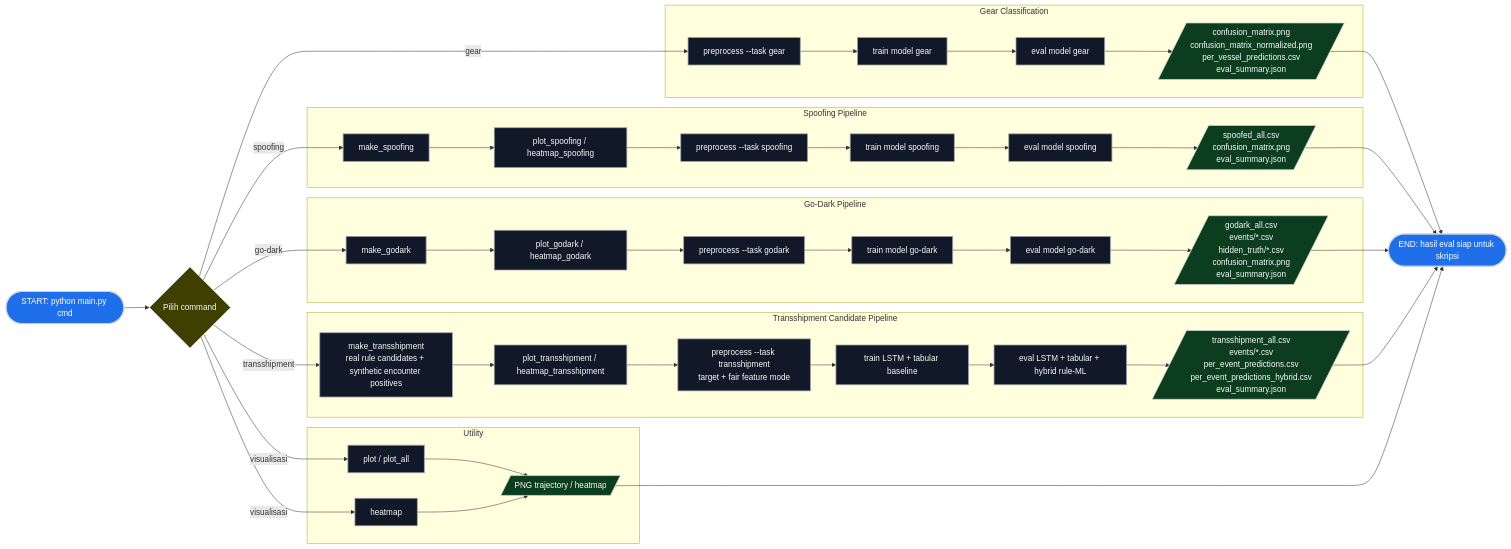
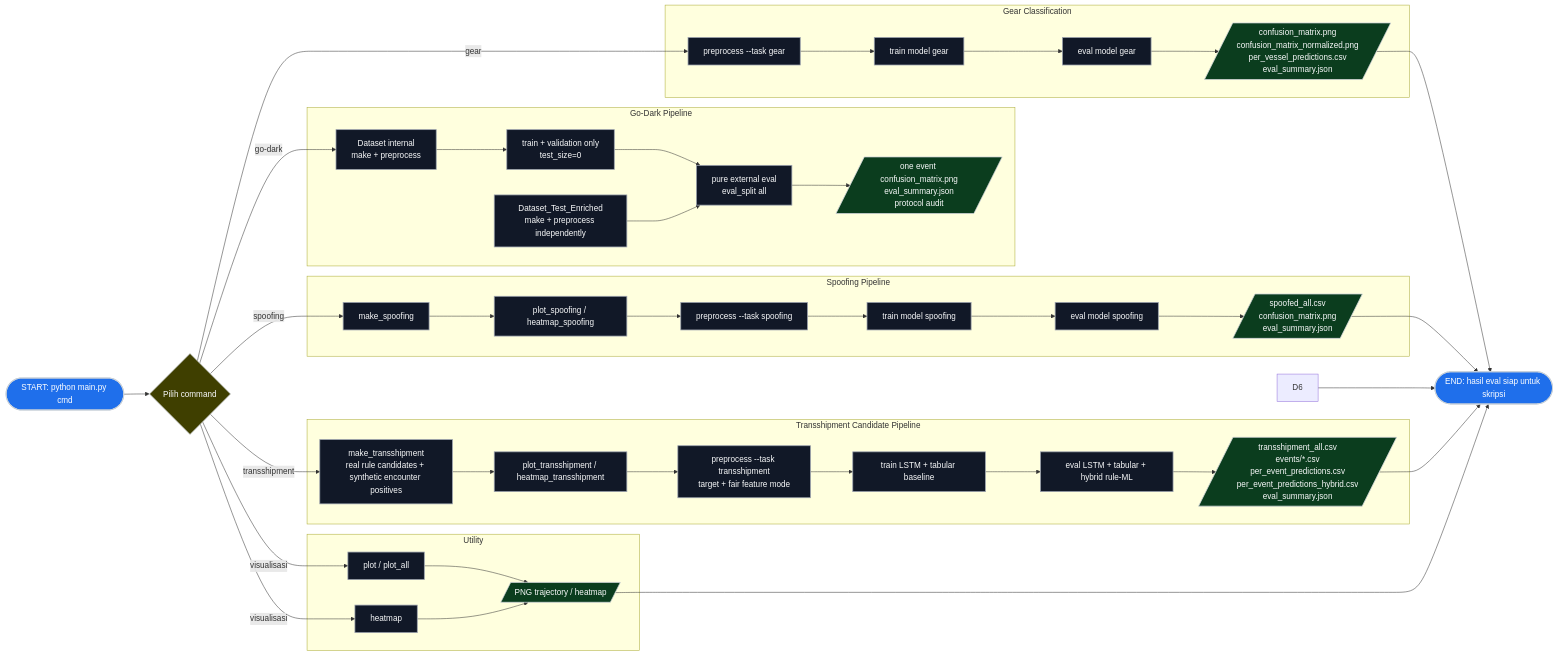
One commit to dhyaaqilla15-phy/TAcodingGFWanomaly changed the diagram in FLOWCHART.md. Above: the diagram before and after it, drawn with Mermaid. The commit also changed 37 other files, not shown here.

````diff
--- a/FLOWCHART.md
+++ b/FLOWCHART.md
@@ -5,71 +5,71 @@
 ```mermaid
 flowchart LR
   classDef startEnd fill:#1f6feb,stroke:#c9d1d9,color:#ffffff,stroke-width:2px;
   classDef process fill:#111827,stroke:#9ca3af,color:#f9fafb,stroke-width:1.5px;
   classDef decision fill:#3f3f00,stroke:#d1d5db,color:#f9fafb,stroke-width:1.5px;
   classDef io fill:#0b3d1e,stroke:#d1d5db,color:#f9fafb,stroke-width:1.5px;
 
   A([START: python main.py cmd]):::startEnd
   B{Pilih command}:::decision
   A --> B
 
   subgraph G[Gear Classification]
     G1[preprocess --task gear]:::process
     G2[train model gear]:::process
     G3[eval model gear]:::process
     G4[/confusion_matrix.png<br/>confusion_matrix_normalized.png<br/>per_vessel_predictions.csv<br/>eval_summary.json/]:::io
     G1 --> G2 --> G3 --> G4
   end
 
   subgraph S[Spoofing Pipeline]
     S1[make_spoofing]:::process
     S2[plot_spoofing / heatmap_spoofing]:::process
     S3[preprocess --task spoofing]:::process
     S4[train model spoofing]:::process
     S5[eval model spoofing]:::process
     S6[/spoofed_all.csv<br/>confusion_matrix.png<br/>eval_summary.json/]:::io
     S1 --> S2 --> S3 --> S4 --> S5 --> S6
   end
 
   subgraph D[Go-Dark Pipeline]
-    D1[make_godark]:::process
-    D2[plot_godark / heatmap_godark]:::process
-    D3[preprocess --task godark]:::process
-    D4[train model go-dark]:::process
-    D5[eval model go-dark]:::process
-    D6[/godark_all.csv<br/>events/*.csv<br/>hidden_truth/*.csv<br/>confusion_matrix.png<br/>eval_summary.json/]:::io
-    D1 --> D2 --> D3 --> D4 --> D5 --> D6
+    D1[Dataset internal<br/>make + preprocess]:::process
+    D2[train + validation only<br/>test_size=0]:::process
+    D3[Dataset_Test_Enriched<br/>make + preprocess independently]:::process
+    D4[pure external eval<br/>eval_split all]:::process
+    D5[/one event confusion_matrix.png<br/>eval_summary.json<br/>protocol audit/]:::io
+    D1 --> D2 --> D4 --> D5
+    D3 --> D4
   end
 
   subgraph T[Transshipment Candidate Pipeline]
     T1[make_transshipment<br/>real rule candidates + synthetic encounter positives]:::process
     T2[plot_transshipment / heatmap_transshipment]:::process
     T3[preprocess --task transshipment<br/>target + fair feature mode]:::process
     T4[train LSTM + tabular baseline]:::process
     T5[eval LSTM + tabular + hybrid rule-ML]:::process
     T6[/transshipment_all.csv<br/>events/*.csv<br/>per_event_predictions.csv<br/>per_event_predictions_hybrid.csv<br/>eval_summary.json/]:::io
     T1 --> T2 --> T3 --> T4 --> T5 --> T6
   end
 
   subgraph U[Utility]
     U1[plot / plot_all]:::process
     U2[heatmap]:::process
     U3[/PNG trajectory / heatmap/]:::io
     U1 --> U3
     U2 --> U3
   end
 
   B -->|gear| G1
   B -->|spoofing| S1
   B -->|go-dark| D1
   B -->|transshipment| T1
   B -->|visualisasi| U1
   B -->|visualisasi| U2
 
   Z([END: hasil eval siap untuk skripsi]):::startEnd
   G4 --> Z
   S6 --> Z
   D6 --> Z
   T6 --> Z
   U3 --> Z
 ```
````
